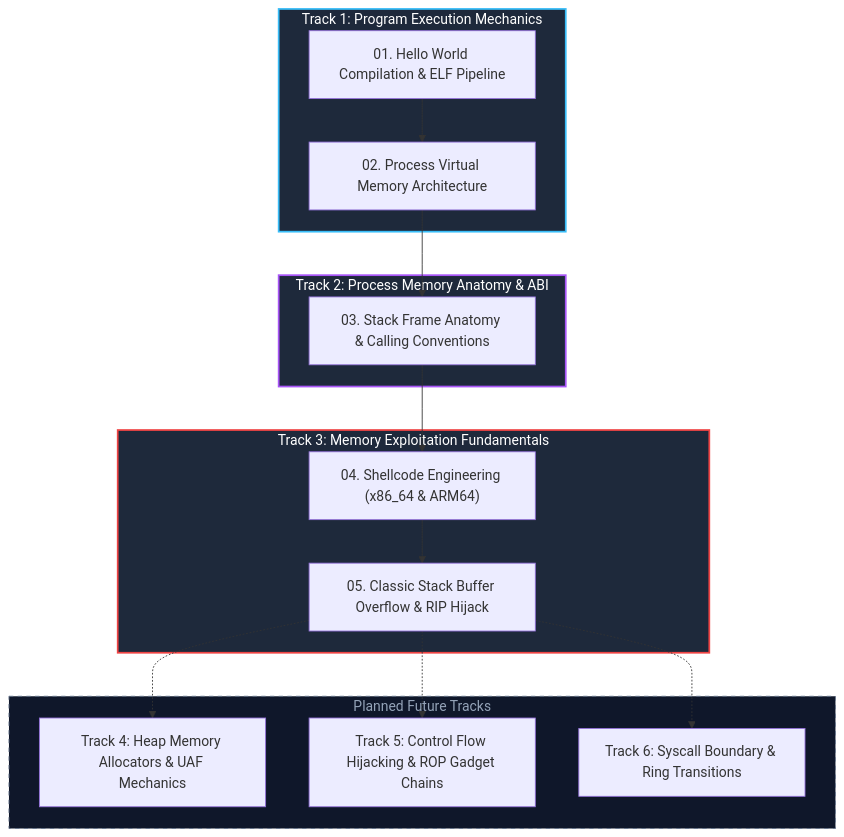
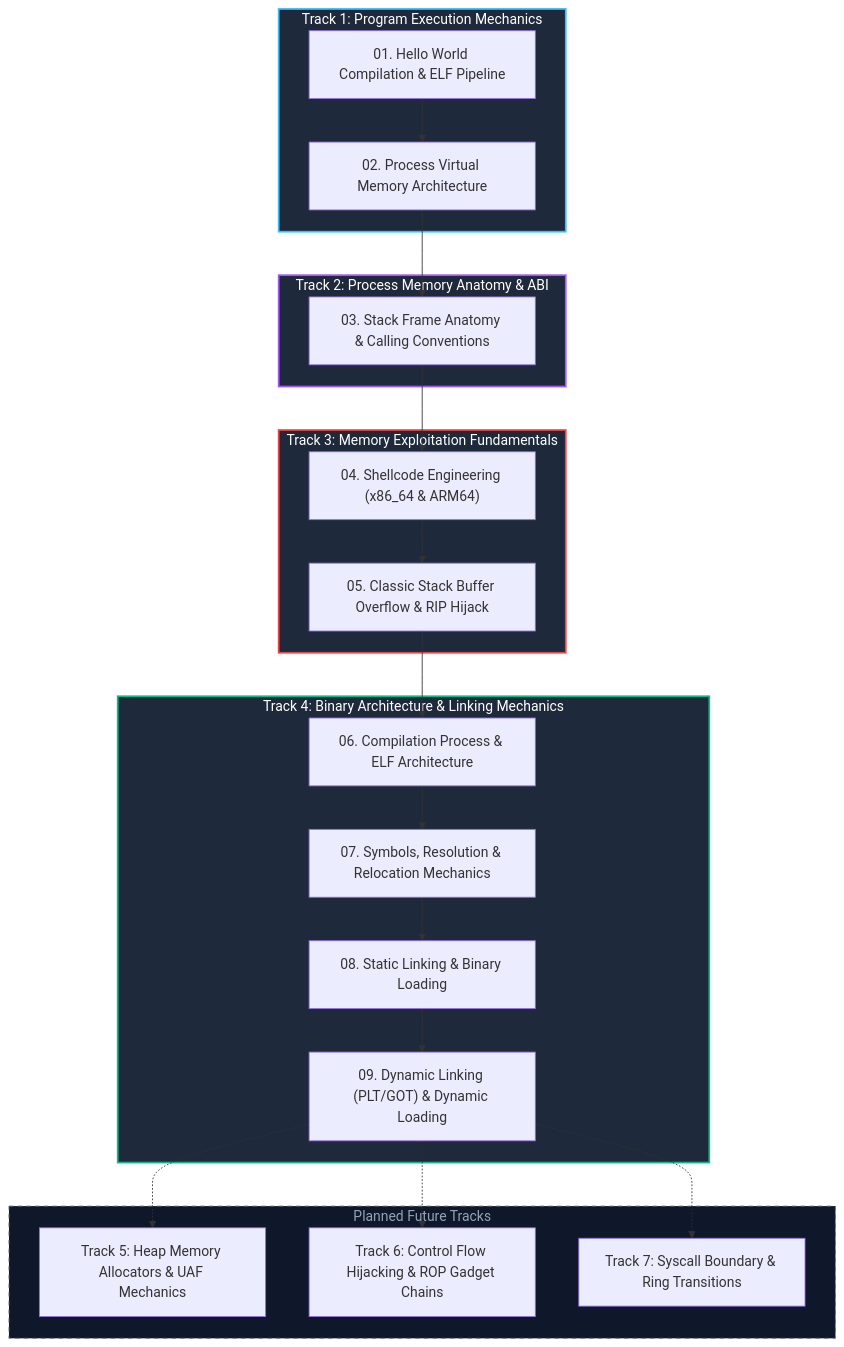
One commit to auking45/linux-kernel-hardening-lab changed the diagram in docs/en/principles/index.md. Above: the diagram before and after it, drawn with Mermaid. The commit also changed other lines of this file and 28 other files, not shown here.

Commit message:
feat(principles): add Track 4 binary architecture, symbols, static/dynamic linking and loading with interactive diagrams and labs

````diff
--- a/docs/en/principles/index.md
+++ b/docs/en/principles/index.md
@@ -20,26 +20,34 @@
 ```mermaid
 flowchart TD
     subgraph Track1 ["Track 1: Program Execution Mechanics"]
         T1A["01. Hello World Compilation & ELF Pipeline"] --> T1B["02. Process Virtual Memory Architecture"]
     end
 
     subgraph Track2 ["Track 2: Process Memory Anatomy & ABI"]
         T1B --> T2A["03. Stack Frame Anatomy & Calling Conventions"]
     end
 
     subgraph Track3 ["Track 3: Memory Exploitation Fundamentals"]
         T2A --> T3A["04. Shellcode Engineering (x86_64 & ARM64)"]
         T3A --> T3B["05. Classic Stack Buffer Overflow & RIP Hijack"]
     end
 
+    subgraph Track4 ["Track 4: Binary Architecture & Linking Mechanics"]
+        T3B --> T4A["06. Compilation Process & ELF Architecture"]
+        T4A --> T4B["07. Symbols, Resolution & Relocation Mechanics"]
+        T4B --> T4C["08. Static Linking & Binary Loading"]
+        T4C --> T4D["09. Dynamic Linking (PLT/GOT) & Dynamic Loading"]
+    end
+
     subgraph AdvancedTracks ["Planned Future Tracks"]
-        T3B -.-> M1["Track 4: Heap Memory Allocators & UAF Mechanics"]
-        T3B -.-> M2["Track 5: Control Flow Hijacking & ROP Gadget Chains"]
-        T3B -.-> M3["Track 6: Syscall Boundary & Ring Transitions"]
+        T4D -.-> M1["Track 5: Heap Memory Allocators & UAF Mechanics"]
+        T4D -.-> M2["Track 6: Control Flow Hijacking & ROP Gadget Chains"]
+        T4D -.-> M3["Track 7: Syscall Boundary & Ring Transitions"]
     end
 
     style Track1 fill:#1e293b,stroke:#38bdf8,stroke-width:2px,color:#fff
     style Track2 fill:#1e293b,stroke:#a855f7,stroke-width:2px,color:#fff
     style Track3 fill:#1e293b,stroke:#ef4444,stroke-width:2px,color:#fff
+    style Track4 fill:#1e293b,stroke:#10b981,stroke-width:2px,color:#fff
     style AdvancedTracks fill:#0f172a,stroke:#64748b,stroke-width:1px,stroke-dasharray: 5 5,color:#94a3b8
 ```
````
